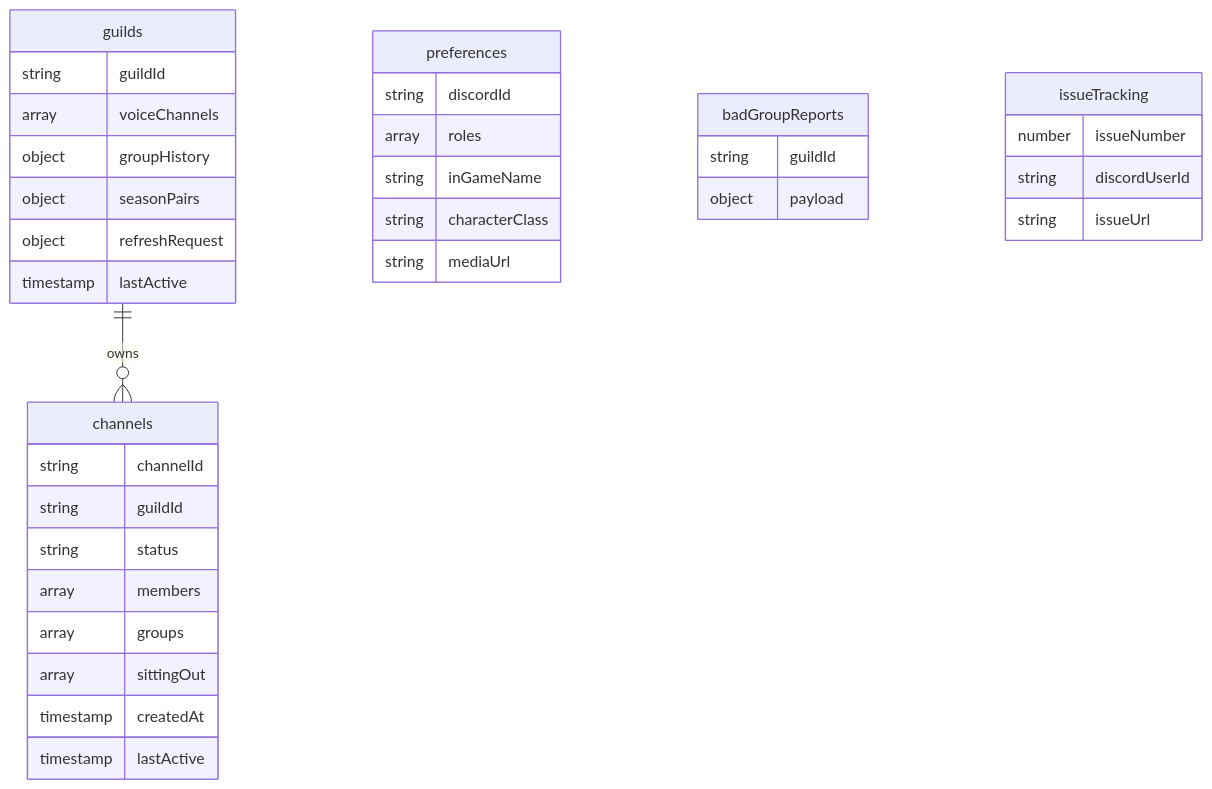
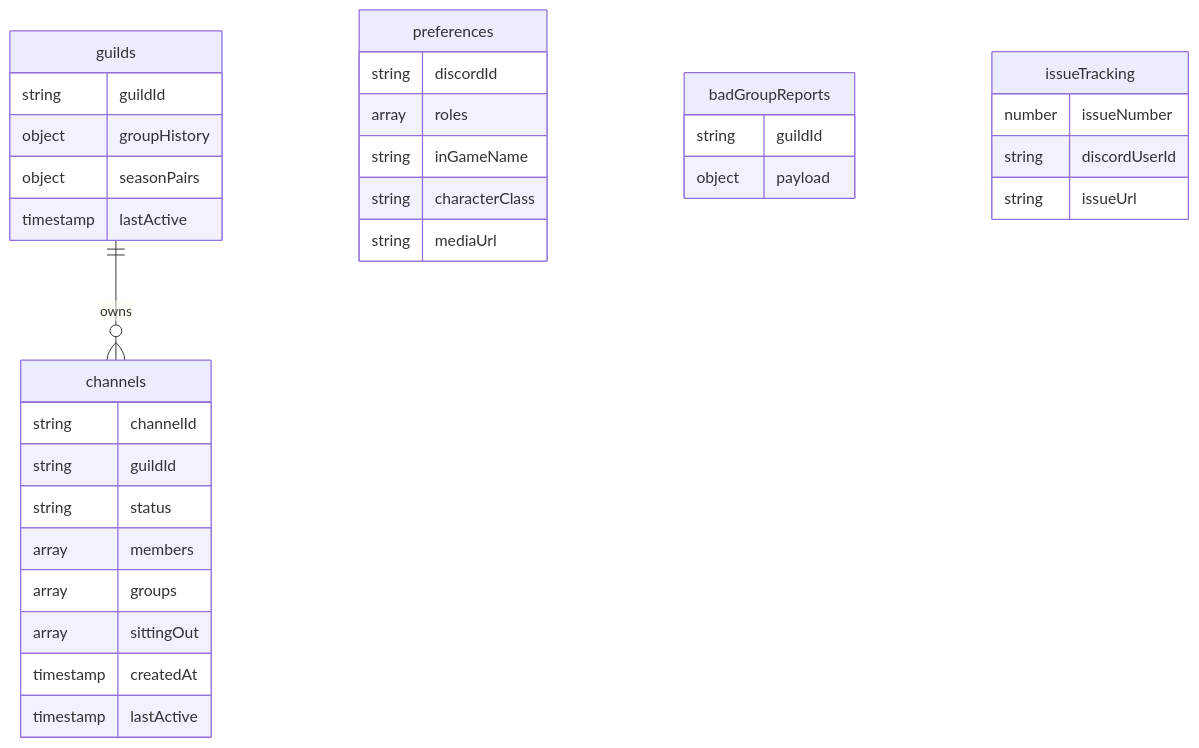
One commit to TytaniumDev/MythicPlusDiscordBot changed the second of 5 diagrams in ARCHITECTURE.md. Above: the diagram before and after it, drawn with Mermaid. The commit also changed other lines of this file and 49 other files, not shown here.

````diff
--- a/ARCHITECTURE.md
+++ b/ARCHITECTURE.md
@@ -133,38 +133,36 @@
 ```mermaid
 erDiagram
     guilds ||--o{ channels : "owns"
     guilds {
         string guildId
-        array voiceChannels
         object groupHistory
         object seasonPairs
-        object refreshRequest
         timestamp lastActive
     }
     channels {
         string channelId
         string guildId
         string status
         array members
         array groups
         array sittingOut
         timestamp createdAt
         timestamp lastActive
     }
     preferences {
         string discordId
         array roles
         string inGameName
         string characterClass
         string mediaUrl
     }
     badGroupReports {
         string guildId
         object payload
     }
     issueTracking {
         number issueNumber
         string discordUserId
         string issueUrl
     }
 ```
````
